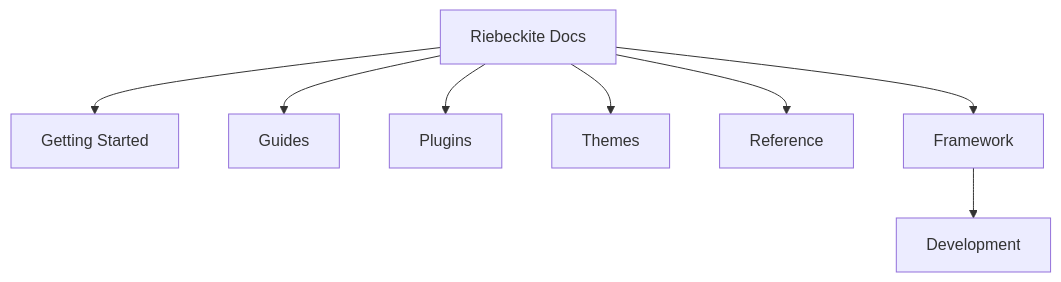
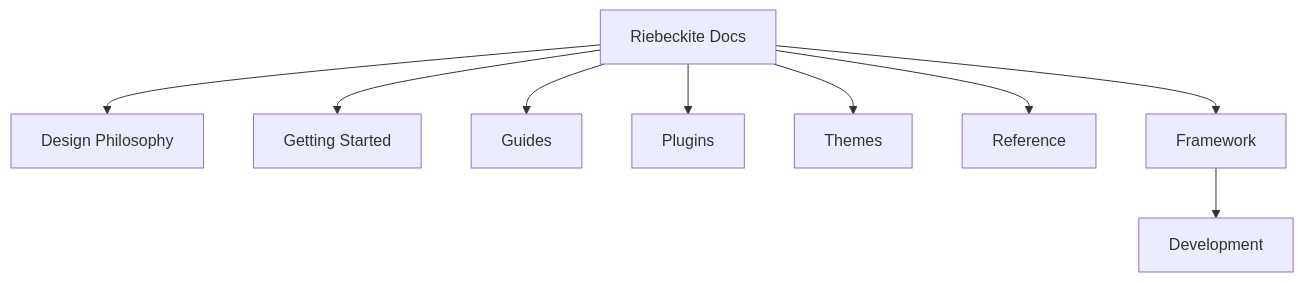
The second of 4 diagrams in docs/README.md (Rerurate514/riebeckite), drawn with Mermaid before and after one commit. The commit also changed other lines of this file and 102 other files, not shown here.

````diff
--- a/docs/README.md
+++ b/docs/README.md
@@ -101,13 +103,14 @@
 ```mermaid
 flowchart TD
     Docs["Riebeckite Docs"]
 
+    Docs --> Philosophy["Design Philosophy"]
     Docs --> Getting["Getting Started"]
     Docs --> Guides["Guides"]
     Docs --> Plugins["Plugins"]
     Docs --> Themes["Themes"]
     Docs --> Reference["Reference"]
     Docs --> Framework["Framework"]
 
     Framework --> Development["Development"]
 ```
````
